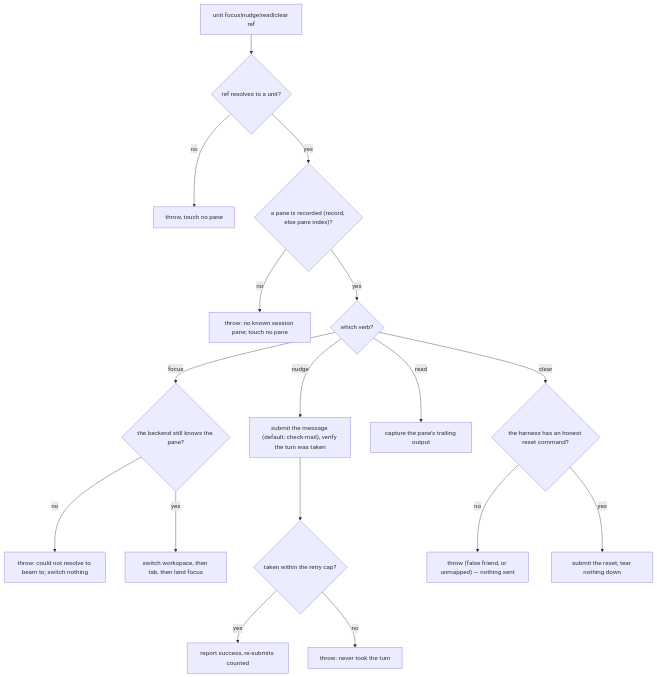
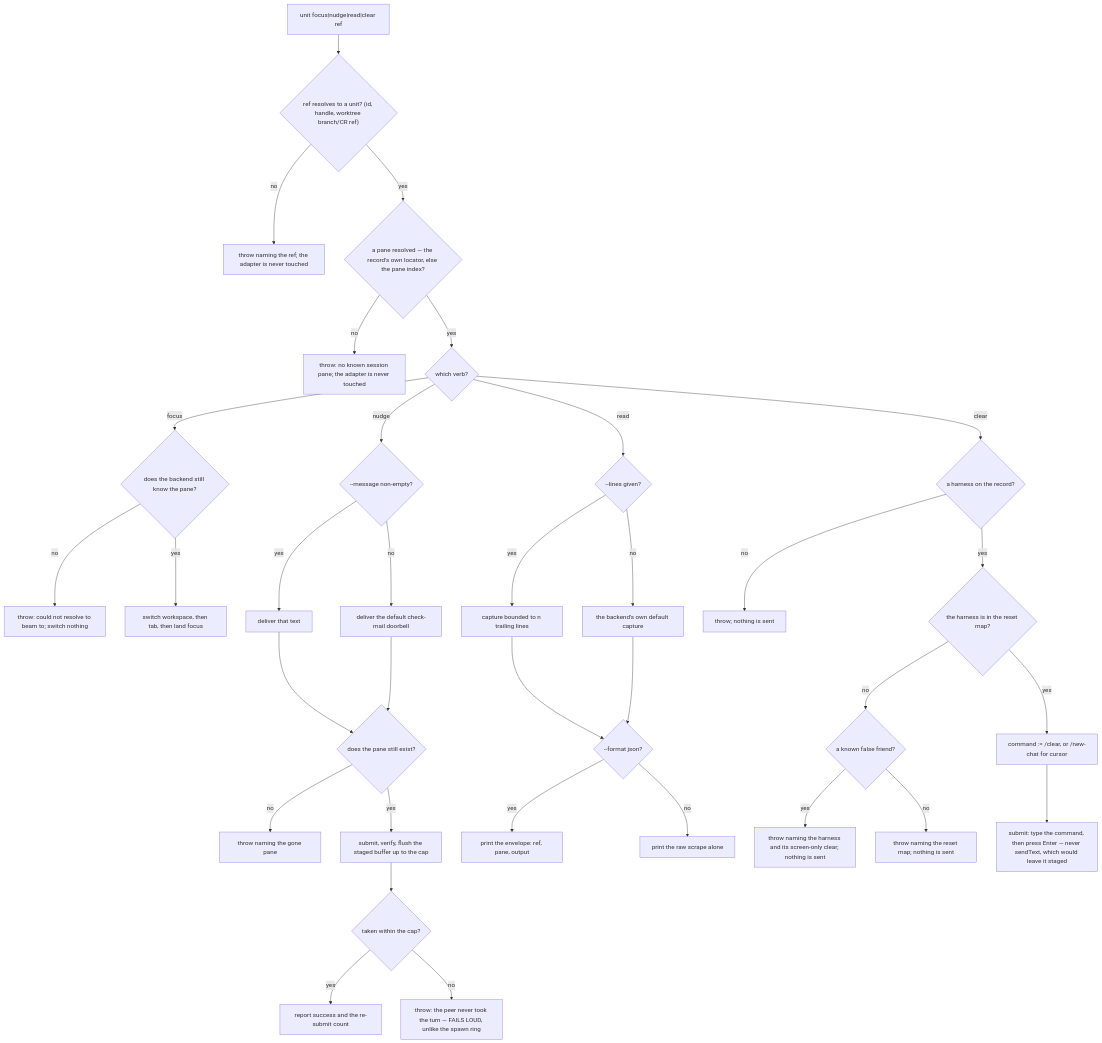
Before and after one commit to cyberuni/cyberlegion: the fifth of 5 diagrams in packages/cyberlegion/.agents/spec/unit/lifecycle/README.md, drawn with Mermaid. The commit also changed other lines of this file and 1 other file, not shown here.

````diff
--- a/packages/cyberlegion/.agents/spec/unit/lifecycle/README.md
+++ b/packages/cyberlegion/.agents/spec/unit/lifecycle/README.md
@@ -260,19 +399,36 @@
 ```mermaid
 graph TD
-  PA["unit focus|nudge|read|clear ref"] --> PB{"ref resolves to a unit?"}
-  PB -- no --> PB1["throw, touch no pane"]
-  PB -- yes --> PC{"a pane is recorded (record, else pane index)?"}
-  PC -- no --> PC1["throw: no known session pane; touch no pane"]
-  PC -- yes --> PD{"which verb?"}
-  PD -- focus --> PE{"the backend still knows the pane?"}
-  PE -- no --> PE1["throw: could not resolve to beam to; switch nothing"]
-  PE -- yes --> PE2["switch workspace, then tab, then land focus"]
-  PD -- nudge --> PF["submit the message (default: check-mail), verify the turn was taken"]
-  PF --> PG{"taken within the retry cap?"}
-  PG -- yes --> PG1["report success, re-submits counted"]
-  PG -- no --> PG2["throw: never took the turn"]
-  PD -- read --> PH["capture the pane's trailing output"]
-  PD -- clear --> PI{"the harness has an honest reset command?"}
-  PI -- no --> PI1["throw (false friend, or unmapped) — nothing sent"]
-  PI -- yes --> PI2["submit the reset; tear nothing down"]
+  PT0["unit focus|nudge|read|clear ref"] --> PT1{"ref resolves to a unit? (id, handle, worktree branch/CR ref)"}
+  PT1 -- no --> PT1X["throw naming the ref; the adapter is never touched"]
+  PT1 -- yes --> PT2{"a pane resolved — the record's own locator, else the pane index?"}
+  PT2 -- no --> PT2X["throw: no known session pane; the adapter is never touched"]
+  PT2 -- yes --> PT3{"which verb?"}
+  PT3 -- focus --> FC1{"does the backend still know the pane?"}
+  FC1 -- no --> FC1X["throw: could not resolve to beam to; switch nothing"]
+  FC1 -- yes --> FC2["switch workspace, then tab, then land focus"]
+  PT3 -- nudge --> ND1{"--message non-empty?"}
+  ND1 -- yes --> ND1Y["deliver that text"]
+  ND1 -- no --> ND1N["deliver the default check-mail doorbell"]
+  ND1Y --> ND2
+  ND1N --> ND2{"does the pane still exist?"}
+  ND2 -- no --> ND2X["throw naming the gone pane"]
+  ND2 -- yes --> ND3["submit, verify, flush the staged buffer up to the cap"]
+  ND3 --> ND4{"taken within the cap?"}
+  ND4 -- yes --> ND4Y["report success and the re-submit count"]
+  ND4 -- no --> ND4X["throw: the peer never took the turn — FAILS LOUD, unlike the spawn ring"]
+  PT3 -- read --> RD1{"--lines given?"}
+  RD1 -- yes --> RD1Y["capture bounded to n trailing lines"]
+  RD1 -- no --> RD1N["the backend's own default capture"]
+  RD1Y --> RD2
+  RD1N --> RD2{"--format json?"}
+  RD2 -- yes --> RD2Y["print the envelope: ref, pane, output"]
+  RD2 -- no --> RD2N["print the raw scrape alone"]
+  PT3 -- clear --> CR1{"a harness on the record?"}
+  CR1 -- no --> CR1X["throw; nothing is sent"]
+  CR1 -- yes --> CR2{"the harness is in the reset map?"}
+  CR2 -- yes --> CR2Y["command := /clear, or /new-chat for cursor"]
+  CR2 -- no --> CR3{"a known false friend?"}
+  CR3 -- yes --> CR3X["throw naming the harness and its screen-only clear; nothing is sent"]
+  CR3 -- no --> CR3N["throw naming the reset map; nothing is sent"]
+  CR2Y --> CR4["submit: type the command, then press Enter — never sendText, which would leave it staged"]
 ```
````
